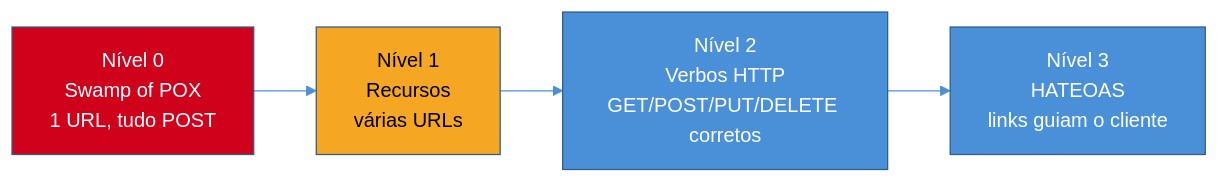
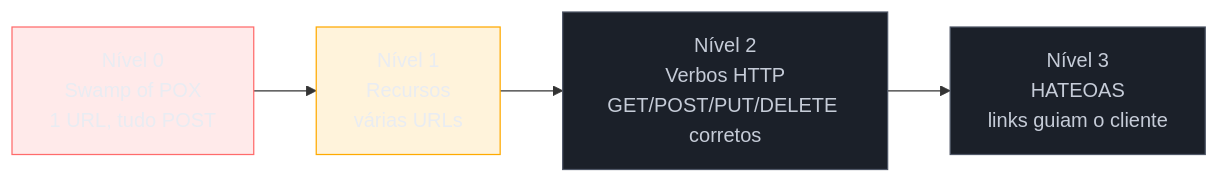
One commit to josenaldo/codex-technomanticus changed the second of 2 diagrams in 03-Dominios/Engenharia/Comunicação entre Sistemas/2 - Comunicação síncrona/01 - REST — modelagem de recursos e maturidade.md. Above: the diagram before and after it, drawn with Mermaid. The commit also changed other lines of this file and 1181 other files, not shown here.

First line of the commit message:
fix(diagramas): paleta do sistema no lugar de cor cravada no markdown

````diff
--- a/03-Dominios/Engenharia/Comunicação entre Sistemas/2 - Comunicação síncrona/01 - REST — modelagem de recursos e maturidade.md
+++ b/03-Dominios/Engenharia/Comunicação entre Sistemas/2 - Comunicação síncrona/01 - REST — modelagem de recursos e maturidade.md
@@ -168,12 +168,14 @@
 ```mermaid
-%%{init: {"theme": "base", "themeVariables": {"primaryColor": "#4A90D9", "primaryBorderColor": "#2E5C8A", "lineColor": "#4A90D9"}}}%%
 graph LR
+    classDef falha fill:#FF6B6B24,stroke:#FF6B6B,color:#E9ECF2
+    classDef destaque fill:#FFAA0024,stroke:#FFAA00,color:#E9ECF2
+    classDef neutro fill:#1B2029,stroke:#4E5666,color:#C6CCD8
     L0["Nível 0<br/>Swamp of POX<br/>1 URL, tudo POST"] --> L1["Nível 1<br/>Recursos<br/>várias URLs"]
     L1 --> L2["Nível 2<br/>Verbos HTTP<br/>GET/POST/PUT/DELETE corretos"]
     L2 --> L3["Nível 3<br/>HATEOAS<br/>links guiam o cliente"]
 
-    style L0 fill:#D0021B,color:#fff
-    style L1 fill:#F5A623,color:#000
-    style L2 fill:#4A90D9,color:#fff
-    style L3 fill:#4A90D9,color:#fff
+    class L0 falha
+    class L1 destaque
+    class L2 neutro
+    class L3 neutro
 ```
````
